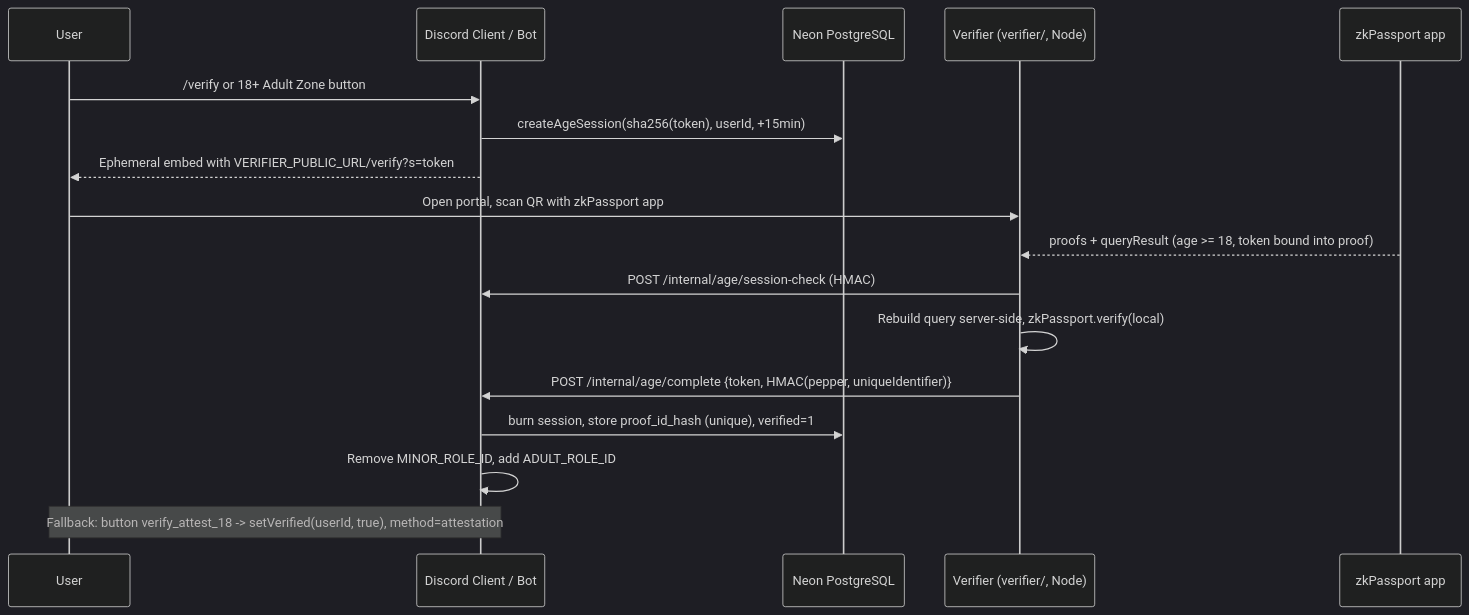
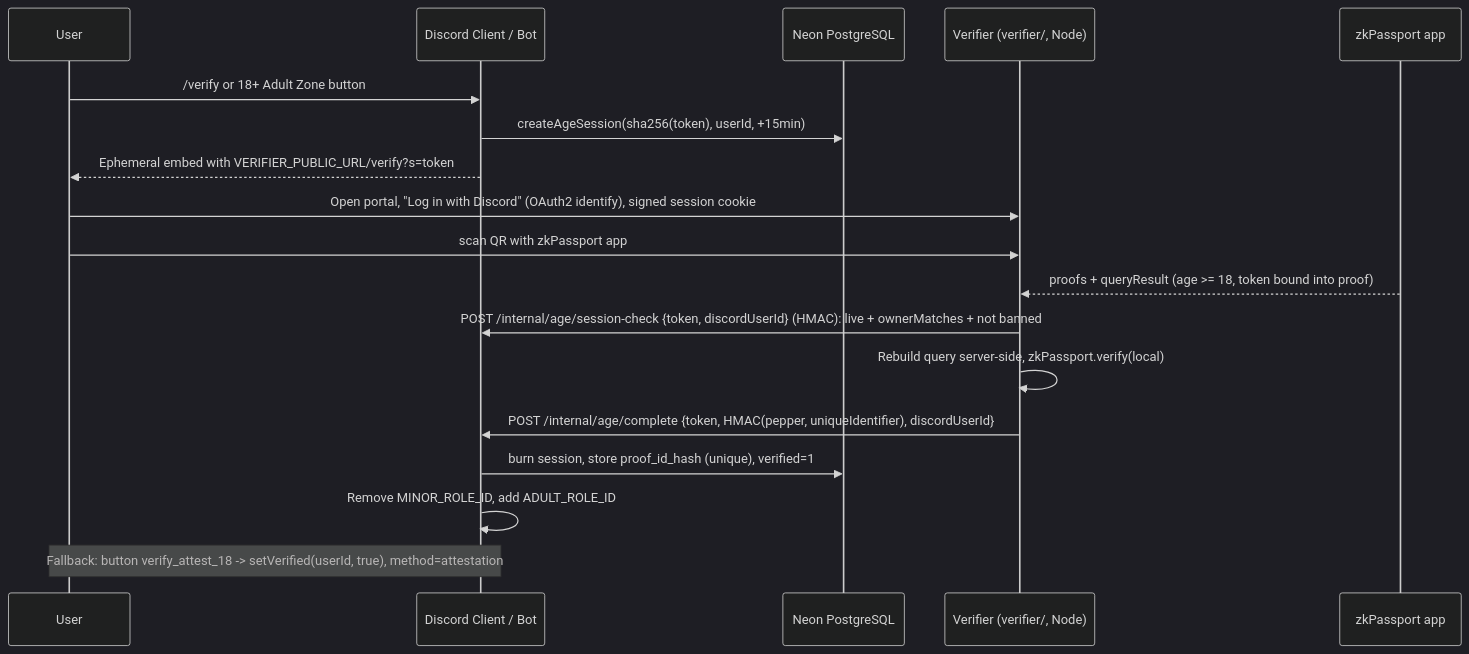
Before and after one commit to GlitchMatcha/AMORABot: the first of 2 diagrams in CHECKPOINTS.md, drawn with Mermaid (dark theme). The commit also changed other lines of this file and 17 other files, not shown here.

Commit message:
Discord login on the age portal (session owner must match); /ageban ban list

````diff
--- a/CHECKPOINTS.md
+++ b/CHECKPOINTS.md
@@ -248,20 +248,21 @@
 ```mermaid
 sequenceDiagram
     participant User
     participant Discord as Discord Client / Bot
     participant DB as Neon PostgreSQL
     participant V as Verifier (verifier/, Node)
     participant App as zkPassport app
 
     User->>Discord: /verify or 18+ Adult Zone button
     Discord->>DB: createAgeSession(sha256(token), userId, +15min)
     Discord-->>User: Ephemeral embed with VERIFIER_PUBLIC_URL/verify?s=token
-    User->>V: Open portal, scan QR with zkPassport app
+    User->>V: Open portal, "Log in with Discord" (OAuth2 identify), signed session cookie
+    User->>V: scan QR with zkPassport app
     App-->>V: proofs + queryResult (age >= 18, token bound into proof)
-    V->>Discord: POST /internal/age/session-check (HMAC)
+    V->>Discord: POST /internal/age/session-check {token, discordUserId} (HMAC): live + ownerMatches + not banned
     V->>V: Rebuild query server-side, zkPassport.verify(local)
-    V->>Discord: POST /internal/age/complete {token, HMAC(pepper, uniqueIdentifier)}
+    V->>Discord: POST /internal/age/complete {token, HMAC(pepper, uniqueIdentifier), discordUserId}
     Discord->>DB: burn session, store proof_id_hash (unique), verified=1
     Discord->>Discord: Remove MINOR_ROLE_ID, add ADULT_ROLE_ID
     Note over User,Discord: Fallback: button verify_attest_18 -> setVerified(userId, true), method=attestation
 ```
````
